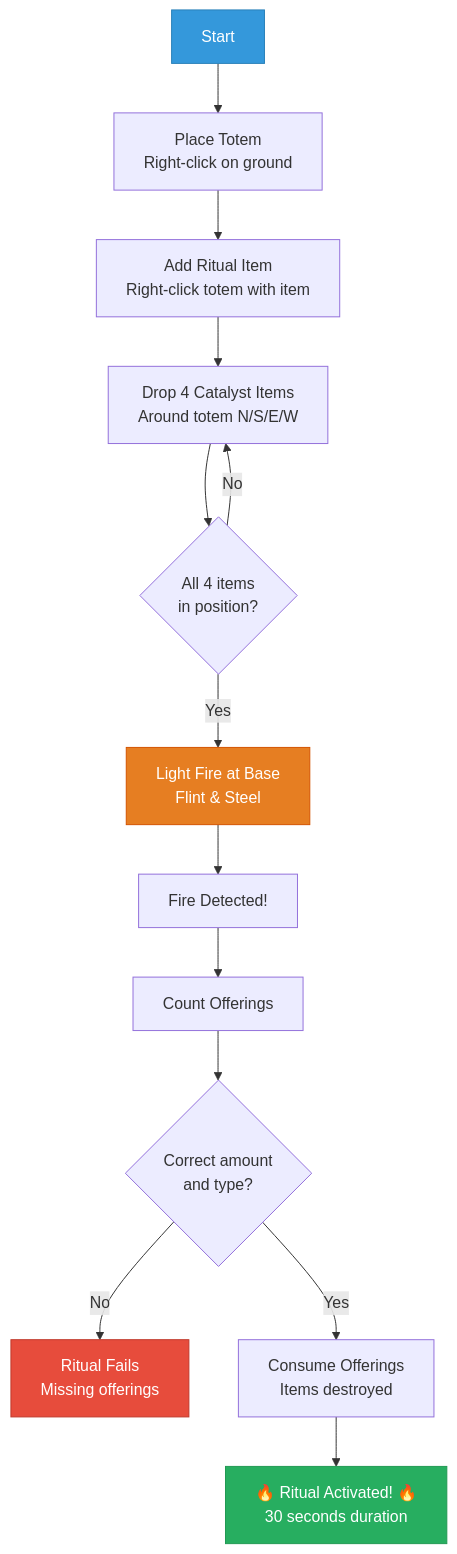
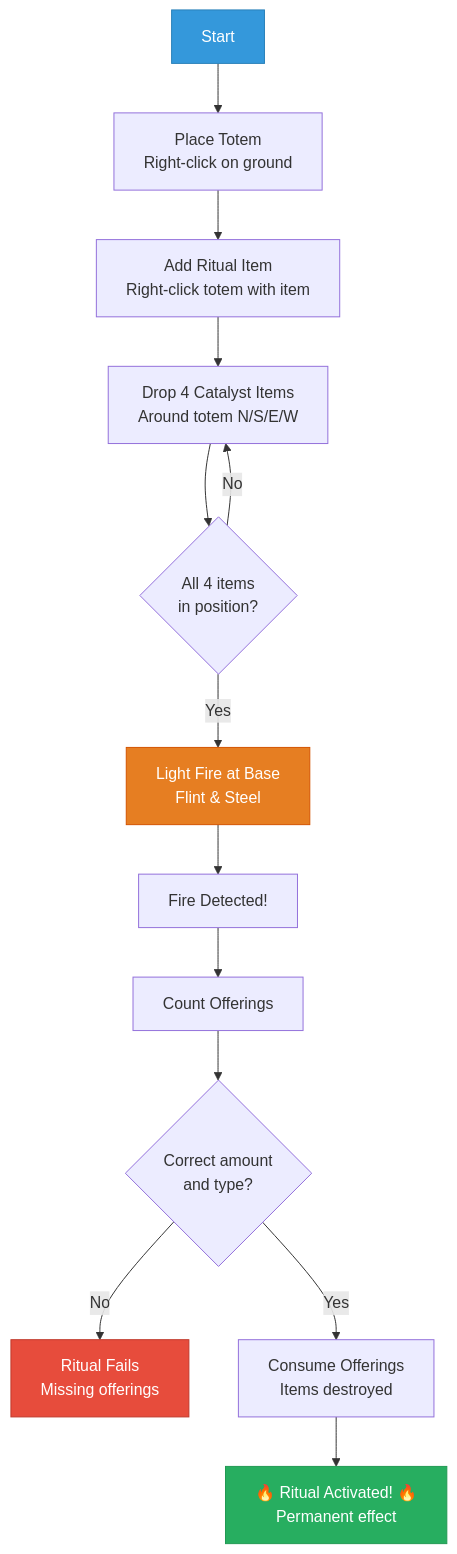
The first of 2 diagrams in docs/FIRE_SACRIFICE_GUIDE.md (Underwood-Inc/rituals), drawn with Mermaid before and after one commit. The commit also changed other lines of this file and 67 other files, not shown here.

````diff
--- a/docs/FIRE_SACRIFICE_GUIDE.md
+++ b/docs/FIRE_SACRIFICE_GUIDE.md
@@ -17,20 +17,20 @@
 ```mermaid
 flowchart TD
     Start[Start] --> Place[Place Totem<br/>Right-click on ground]
     Place --> Item[Add Ritual Item<br/>Right-click totem with item]
     Item --> Drop[Drop 4 Catalyst Items<br/>Around totem N/S/E/W]
     Drop --> Check{All 4 items<br/>in position?}
     Check -->|No| Drop
     Check -->|Yes| Fire[Light Fire at Base<br/>Flint & Steel]
     Fire --> Detect[Fire Detected!]
     Detect --> Count[Count Offerings]
     Count --> Valid{Correct amount<br/>and type?}
     Valid -->|No| Fail[Ritual Fails<br/>Missing offerings]
     Valid -->|Yes| Consume[Consume Offerings<br/>Items destroyed]
-    Consume --> Activate[🔥 Ritual Activated! 🔥<br/>30 seconds duration]
+    Consume --> Activate[🔥 Ritual Activated! 🔥<br/>Permanent effect]
     
     style Start fill:#3498db,stroke:#2980b9,color:#fff
     style Activate fill:#27ae60,stroke:#229954,color:#fff
     style Fail fill:#e74c3c,stroke:#c0392b,color:#fff
     style Fire fill:#e67e22,stroke:#d35400,color:#fff
 ```
````
